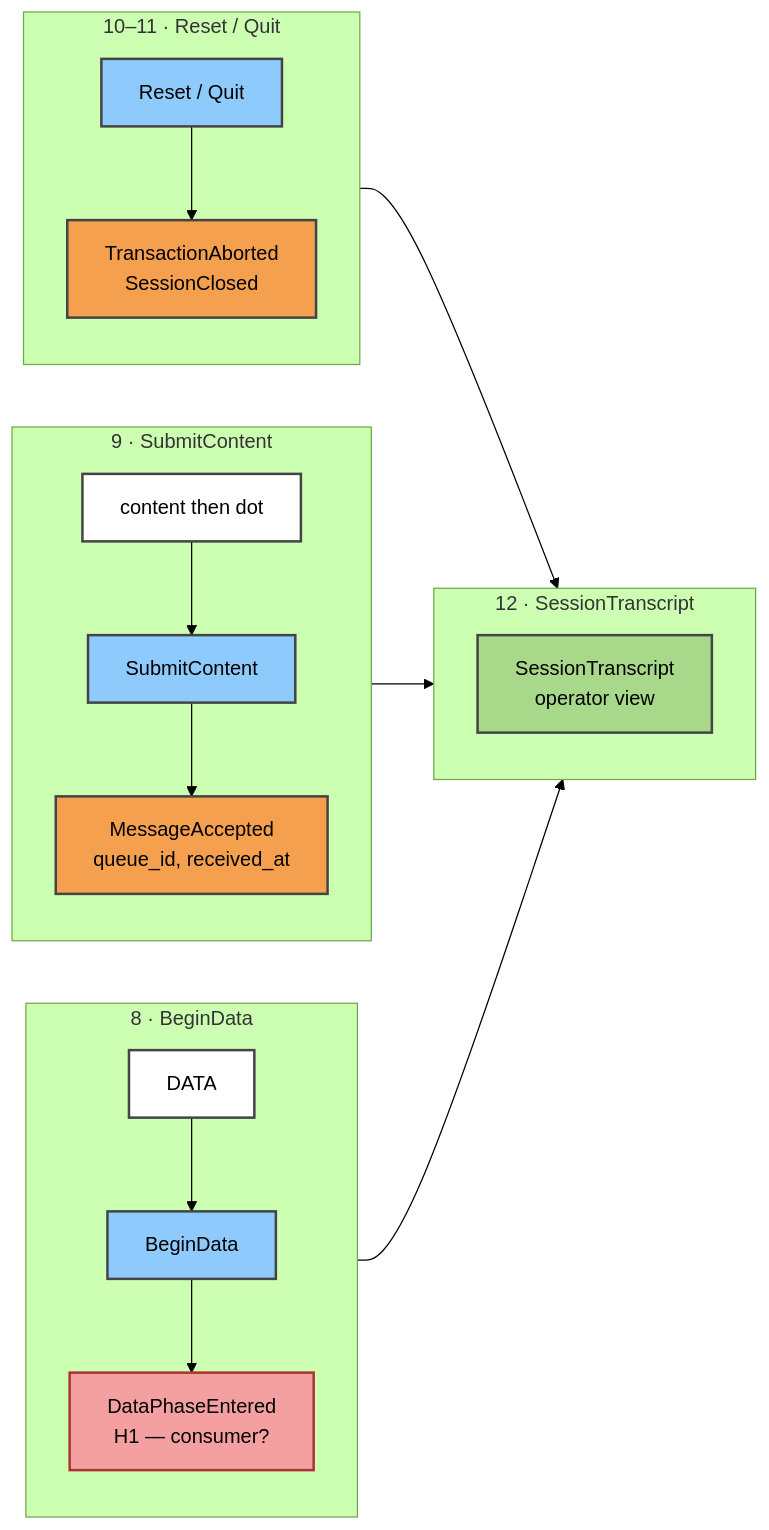
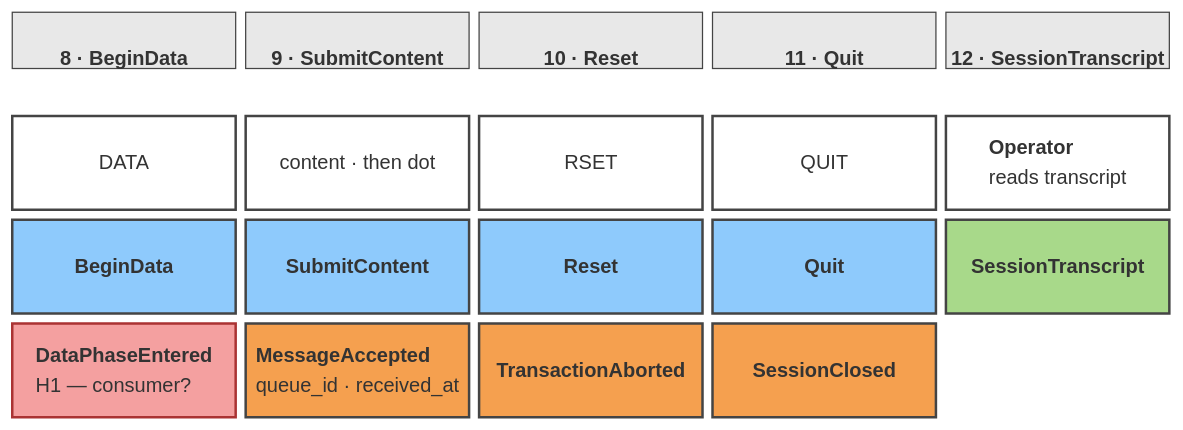
Before and after one commit to IvanTheGeek/FnEmail-Model: the seventh of 9 diagrams in docs/diagrams/README.md, drawn with Mermaid (forest theme). The commit also changed other lines of this file, not shown here.

````diff
--- a/docs/diagrams/README.md
+++ b/docs/diagrams/README.md
@@ -239,47 +218,21 @@
 ```mermaid
-flowchart LR
-  subgraph c8["8 · BeginData"]
-    direction TB
-    s8["DATA"]
-    k8["BeginData"]
-    e8["DataPhaseEntered<br/>H1 — consumer?"]
-    s8 --> k8
-    k8 --> e8
-  end
+block
+  columns 5
+  h8["<b>8 · BeginData</b>"] h9["<b>9 · SubmitContent</b>"] h10["<b>10 · Reset</b>"] h11["<b>11 · Quit</b>"] h12["<b>12 · SessionTranscript</b>"]
+  s8["DATA"] s9["content · then dot"] s10["RSET"] s11["QUIT"] s12["<b>Operator</b>\nreads transcript"]
+  k8["<b>BeginData</b>"] k9["<b>SubmitContent</b>"] k10["<b>Reset</b>"] k11["<b>Quit</b>"] r12["<b>SessionTranscript</b>"]
+  e8["<b>DataPhaseEntered</b>\nH1 — consumer?"] e9["<b>MessageAccepted</b>\nqueue_id · received_at"] e10["<b>TransactionAborted</b>"] e11["<b>SessionClosed</b>"] space
 
-  subgraph c9["9 · SubmitContent"]
-    direction TB
-    s9["content then dot"]
-    k9["SubmitContent"]
-    e9["MessageAccepted<br/>queue_id, received_at"]
-    s9 --> k9
-    k9 --> e9
-  end
-
-  subgraph c1011["10–11 · Reset / Quit"]
-    direction TB
-    k11["Reset / Quit"]
-    e11["TransactionAborted<br/>SessionClosed"]
-    k11 --> e11
-  end
-
-  subgraph c12["12 · SessionTranscript"]
-    direction TB
-    r12["SessionTranscript<br/>operator view"]
-  end
-
-  e8 --> r12
-  e9 --> r12
-  e11 --> r12
-
-  classDef screen fill:#ffffff,stroke:#444,stroke-width:2px,color:#000
-  classDef command fill:#8ecafc,stroke:#444,stroke-width:2px,color:#000
-  classDef event fill:#f5a04f,stroke:#444,stroke-width:2px,color:#000
-  classDef hotspot fill:#f4a0a0,stroke:#a33,stroke-width:2px,color:#000
-  classDef readmodel fill:#a8d98a,stroke:#444,stroke-width:2px,color:#000
-  class s8,s9 screen
-  class k8,k9,k11 command
-  class e9,e11 event
+  classDef hdr fill:#e8e8e8,stroke:#444,stroke-width:1px,color:#000,text-align:left,height:45px
+  classDef screen fill:#ffffff,stroke:#444,stroke-width:2px,color:#000,text-align:left,height:75px
+  classDef command fill:#8ecafc,stroke:#444,stroke-width:2px,color:#000,text-align:left,height:75px
+  classDef readmodel fill:#a8d98a,stroke:#444,stroke-width:2px,color:#000,text-align:left,height:75px
+  classDef event fill:#f5a04f,stroke:#444,stroke-width:2px,color:#000,text-align:left,height:75px
+  classDef hotspot fill:#f4a0a0,stroke:#a33,stroke-width:2px,color:#000,text-align:left,height:75px
+  class h8,h9,h10,h11,h12 hdr
+  class s8,s9,s10,s11,s12 screen
+  class k8,k9,k10,k11 command
+  class r12 readmodel
+  class e9,e10,e11 event
   class e8 hotspot
-  class r12 readmodel
 ```
````
